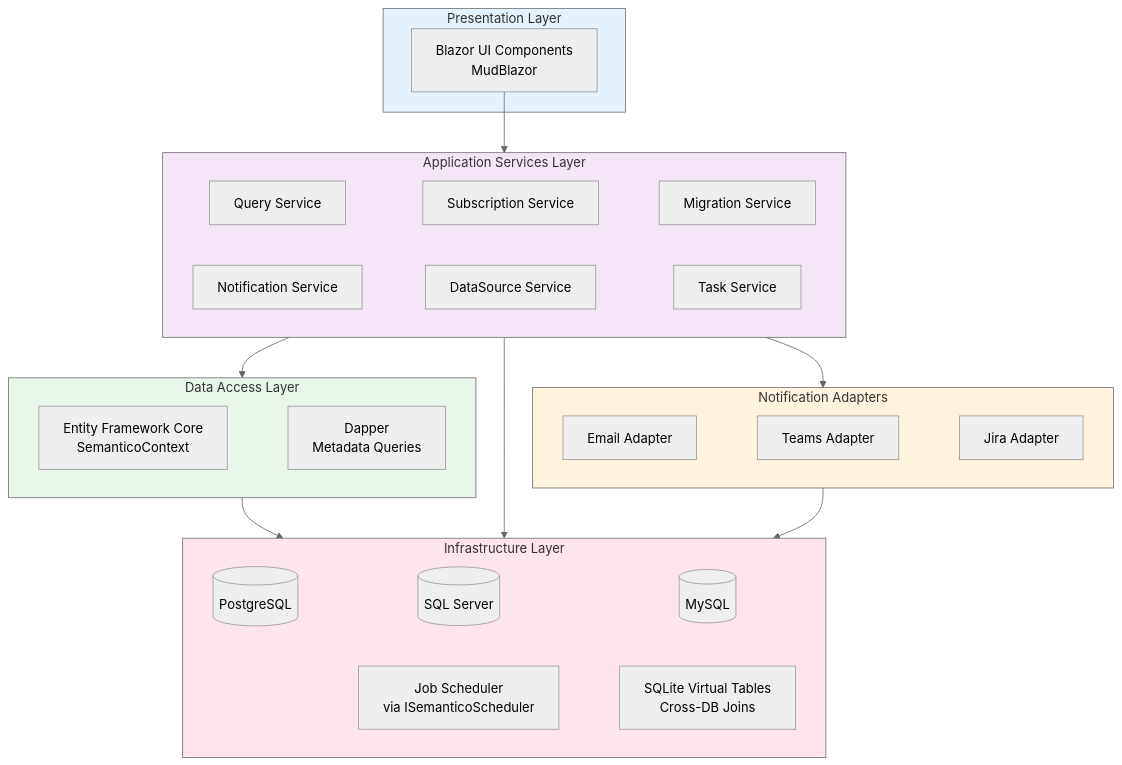
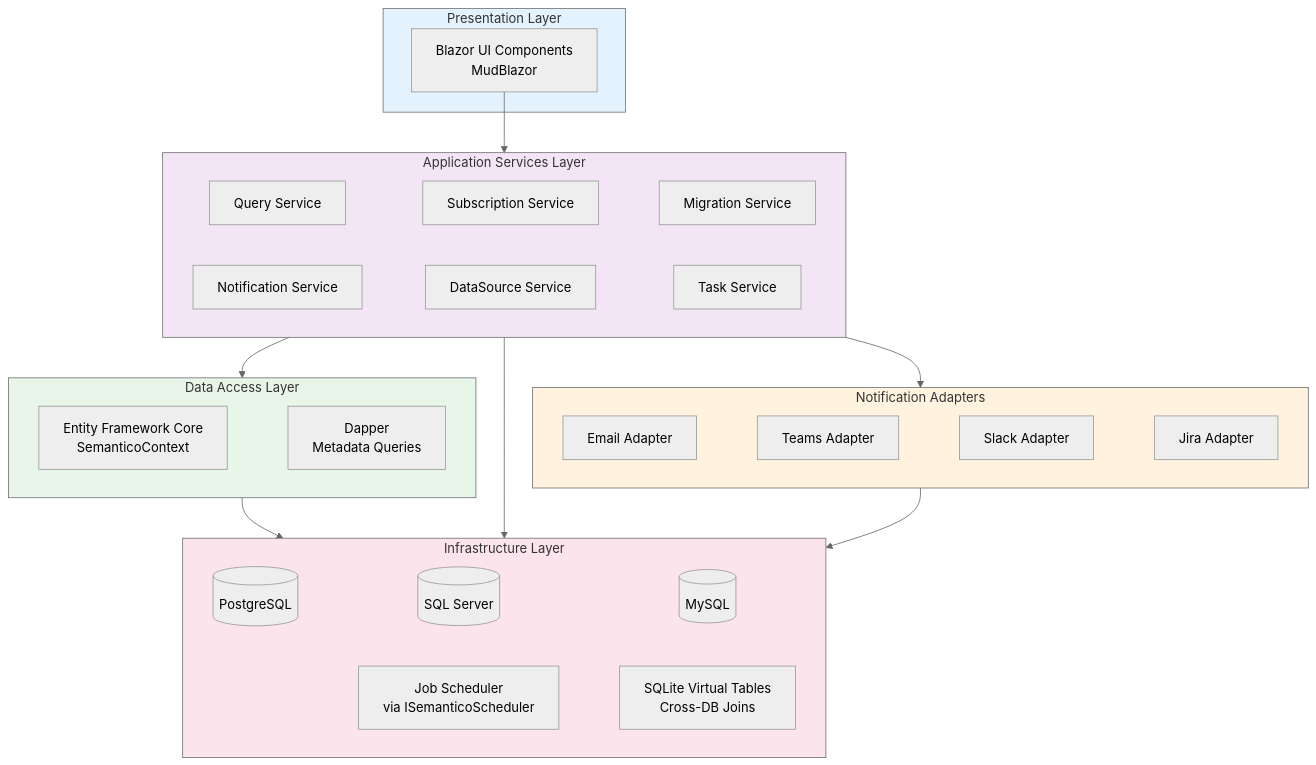
Before and after one commit to moberghr/beacon: the first of 3 diagrams in README.md, drawn with Mermaid (neutral theme). The commit also changed other lines of this file and 27 other files, not shown here.

````diff
--- a/README.md
+++ b/README.md
@@ -71,37 +71,37 @@
 ```mermaid
 graph TB
     subgraph UI["Presentation Layer"]
         BlazorUI[Blazor UI Components<br/>MudBlazor]
     end
 
     subgraph Core["Application Services Layer"]
         QuerySvc[Query Service] ~~~ SubSvc[Subscription Service] ~~~ MigSvc[Migration Service]
         NotifSvc[Notification Service] ~~~ DataSrcSvc[DataSource Service] ~~~ TaskSvc[Task Service]
     end
 
     subgraph Adapters["Notification Adapters"]
-        EmailAdapter[Email Adapter] ~~~ TeamsAdapter[Teams Adapter] ~~~ JiraAdapter[Jira Adapter]
+        EmailAdapter[Email Adapter] ~~~ TeamsAdapter[Teams Adapter] ~~~ SlackAdapter[Slack Adapter] ~~~ JiraAdapter[Jira Adapter]
     end
 
     subgraph Data["Data Access Layer"]
         EFCore[Entity Framework Core<br/>SemanticoContext] ~~~ Dapper[Dapper<br/>Metadata Queries]
     end
 
     subgraph Infrastructure["Infrastructure Layer"]
         PgSQL[(PostgreSQL)] ~~~ MSSQL[(SQL Server)] ~~~ MySQL[(MySQL)]
         Scheduler[Job Scheduler<br/>via ISemanticoScheduler] ~~~ SQLiteVM[SQLite Virtual Tables<br/>Cross-DB Joins]
     end
 
     BlazorUI --> Core
     Core --> Adapters
     Core --> Data
     Data --> Infrastructure
     Core --> Infrastructure
     Adapters --> Infrastructure
 
     style UI fill:#e3f2fd
     style Core fill:#f3e5f5
     style Adapters fill:#fff3e0
     style Data fill:#e8f5e9
     style Infrastructure fill:#fce4ec
 ```
````
